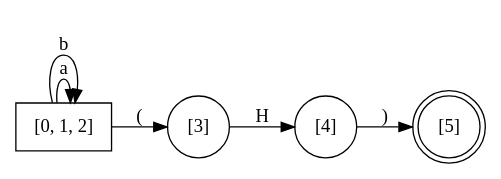
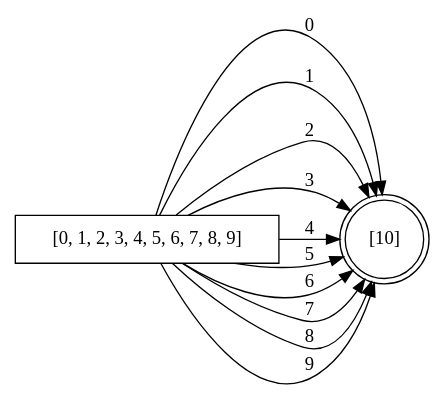
Before and after one commit to AngryR4v3n/LenguajesPR2: the diagram in dfa_subset.gv, drawn with Graphviz. The commit also changed 6 other files, not shown here.

```diff
--- a/dfa_subset.gv
+++ b/dfa_subset.gv
@@ -1,13 +1,18 @@
 digraph finite_state_machine {
 	rankdir=LR size="8,5"
 	node [shape=rectangular]
-	"[0, 1, 2]"
+	"[0, 1, 2, 3, 4, 5, 6, 7, 8, 9]"
 	node [shape=doublecircle]
-	"[5]"
+	"[10]"
 	node [shape=circle]
-	"[0, 1, 2]" -> "[0, 1, 2]" [label=a]
-	"[0, 1, 2]" -> "[0, 1, 2]" [label=b]
-	"[0, 1, 2]" -> "[3]" [label="("]
-	"[3]" -> "[4]" [label=H]
-	"[4]" -> "[5]" [label=")"]
+	"[0, 1, 2, 3, 4, 5, 6, 7, 8, 9]" -> "[10]" [label=0]
+	"[0, 1, 2, 3, 4, 5, 6, 7, 8, 9]" -> "[10]" [label=1]
+	"[0, 1, 2, 3, 4, 5, 6, 7, 8, 9]" -> "[10]" [label=2]
+	"[0, 1, 2, 3, 4, 5, 6, 7, 8, 9]" -> "[10]" [label=3]
+	"[0, 1, 2, 3, 4, 5, 6, 7, 8, 9]" -> "[10]" [label=4]
+	"[0, 1, 2, 3, 4, 5, 6, 7, 8, 9]" -> "[10]" [label=5]
+	"[0, 1, 2, 3, 4, 5, 6, 7, 8, 9]" -> "[10]" [label=6]
+	"[0, 1, 2, 3, 4, 5, 6, 7, 8, 9]" -> "[10]" [label=7]
+	"[0, 1, 2, 3, 4, 5, 6, 7, 8, 9]" -> "[10]" [label=8]
+	"[0, 1, 2, 3, 4, 5, 6, 7, 8, 9]" -> "[10]" [label=9]
 }
```
